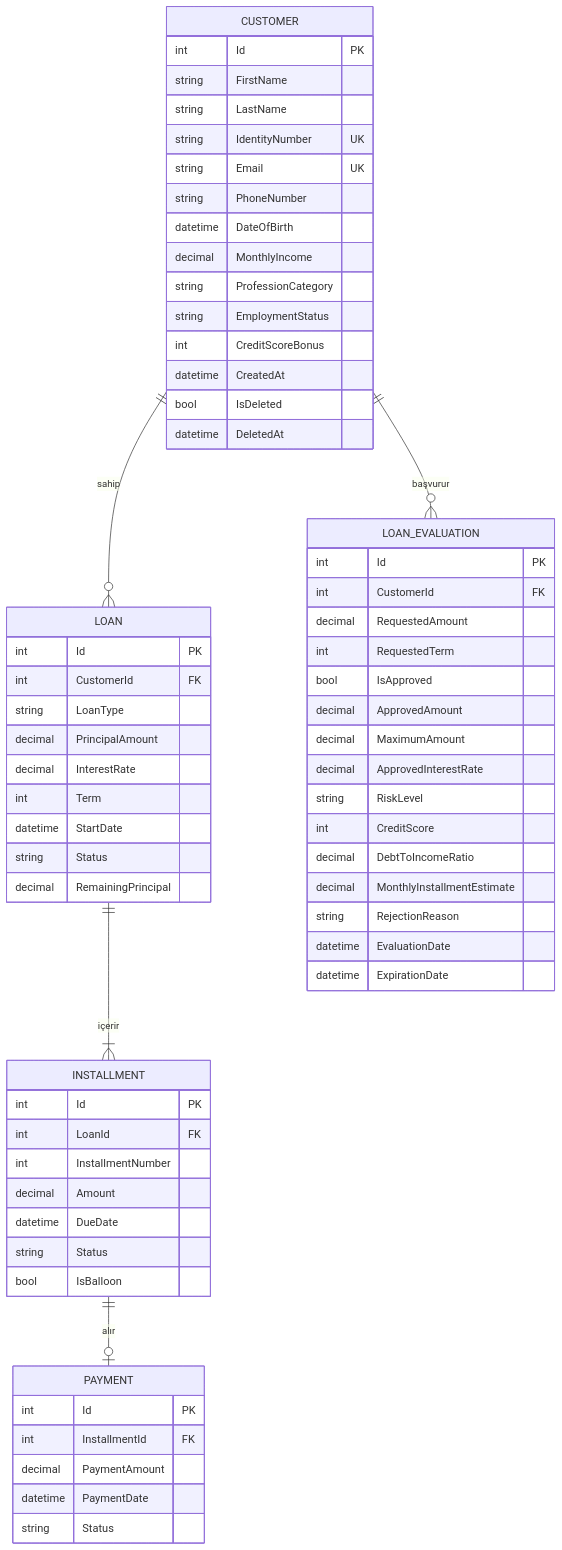
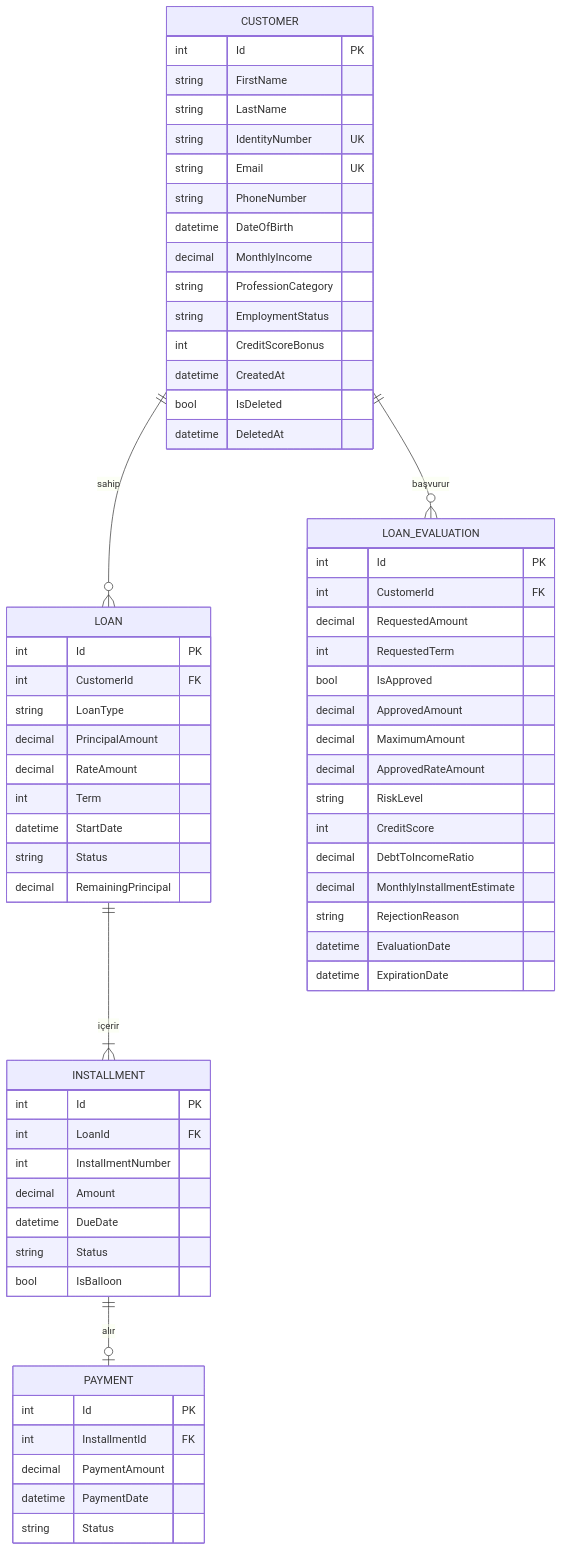
Before and after one commit to js-lover/credit-case: the first of 8 diagrams in README.md, drawn with Mermaid. The commit also changed other lines of this file and 3 other files, not shown here.

````diff
--- a/README.md
+++ b/README.md
@@ -299,68 +304,68 @@
 ```mermaid
 erDiagram
     CUSTOMER {
         int Id PK
         string FirstName
         string LastName
         string IdentityNumber UK
         string Email UK
         string PhoneNumber
         datetime DateOfBirth
         decimal MonthlyIncome
         string ProfessionCategory
         string EmploymentStatus
         int CreditScoreBonus
         datetime CreatedAt
         bool IsDeleted
         datetime DeletedAt
     }
     LOAN {
         int Id PK
         int CustomerId FK
         string LoanType
         decimal PrincipalAmount
-        decimal InterestRate
+        decimal RateAmount
         int Term
         datetime StartDate
         string Status
         decimal RemainingPrincipal
     }
     INSTALLMENT {
         int Id PK
         int LoanId FK
         int InstallmentNumber
         decimal Amount
         datetime DueDate
         string Status
         bool IsBalloon
     }
     PAYMENT {
         int Id PK
         int InstallmentId FK
         decimal PaymentAmount
         datetime PaymentDate
         string Status
     }
     LOAN_EVALUATION {
         int Id PK
         int CustomerId FK
         decimal RequestedAmount
         int RequestedTerm
         bool IsApproved
         decimal ApprovedAmount
         decimal MaximumAmount
-        decimal ApprovedInterestRate
+        decimal ApprovedRateAmount
         string RiskLevel
         int CreditScore
         decimal DebtToIncomeRatio
         decimal MonthlyInstallmentEstimate
         string RejectionReason
         datetime EvaluationDate
         datetime ExpirationDate
     }
 
     CUSTOMER ||--o{ LOAN : "sahip"
     CUSTOMER ||--o{ LOAN_EVALUATION : "başvurur"
     LOAN ||--|{ INSTALLMENT : "içerir"
     INSTALLMENT ||--o| PAYMENT : "alır"
 ```
````
